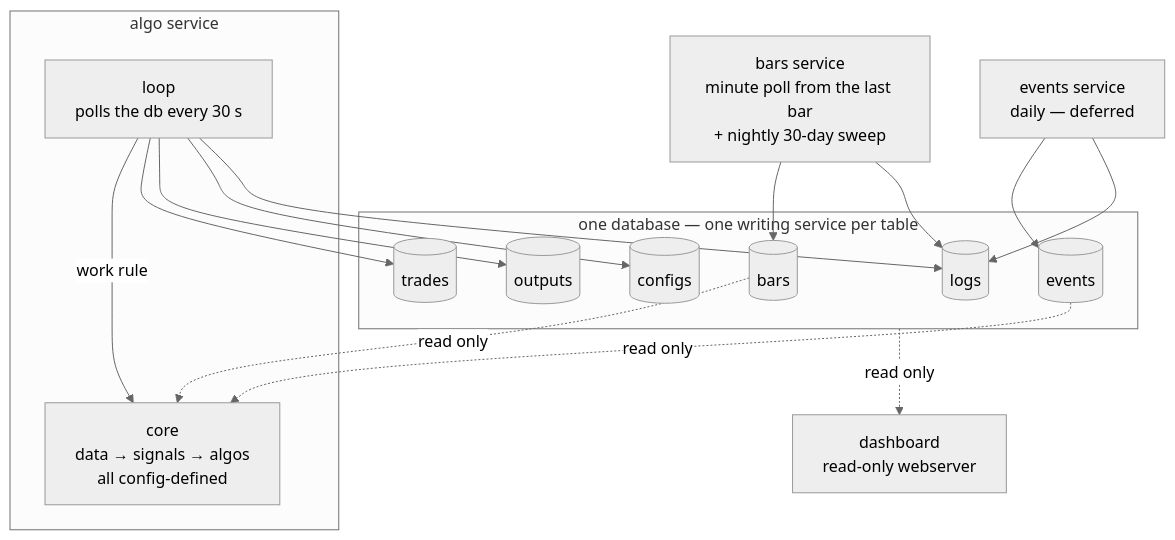
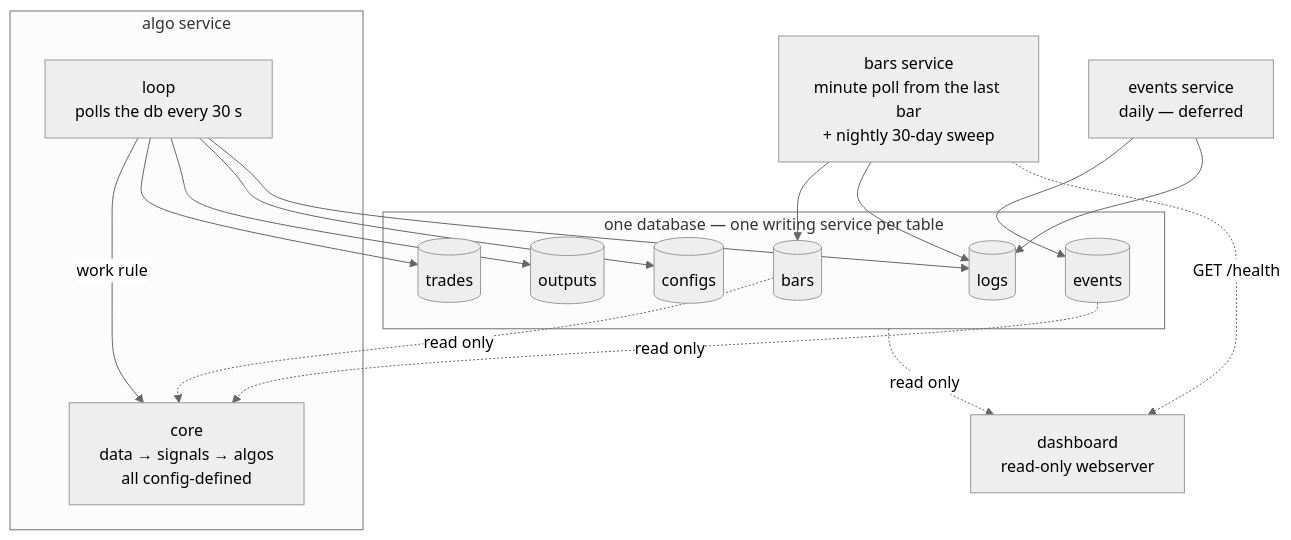
The diagram in design.md (dongurihouse/trader), drawn with Mermaid (neutral theme) before and after one commit. The commit also changed other lines of this file and 6 other files, not shown here.

Commit message:
Expose Bars health to Dash

````diff
--- a/design.md
+++ b/design.md
@@ -333,29 +334,30 @@
 ```mermaid
 flowchart TB
     BARS[bars service<br/>minute poll from the last bar<br/>+ nightly 30-day sweep]
     EVENTS[events service<br/>daily — deferred]
 
     BARS --> BT[(bars)]
     EVENTS --> ET[(events)]
 
     subgraph DB [one database — one writing service per table]
         BT
         ET
         TR[(trades)]
         OUT[(outputs)]
         CFG[(configs)]
         LG[(logs)]
     end
 
     subgraph ALGO [algo service]
         LOOP[loop<br/>polls the db every 30 s] -- work rule --> CORE[core<br/>data → signals → algos<br/>all config-defined]
     end
 
     BT -. read only .-> CORE
     ET -. read only .-> CORE
     LOOP --> TR
     LOOP --> OUT
     LOOP --> CFG
     BARS & EVENTS & LOOP --> LG
     DB -. read only .-> DASH[dashboard<br/>read-only webserver]
+    BARS -. GET /health .-> DASH
 ```
````
